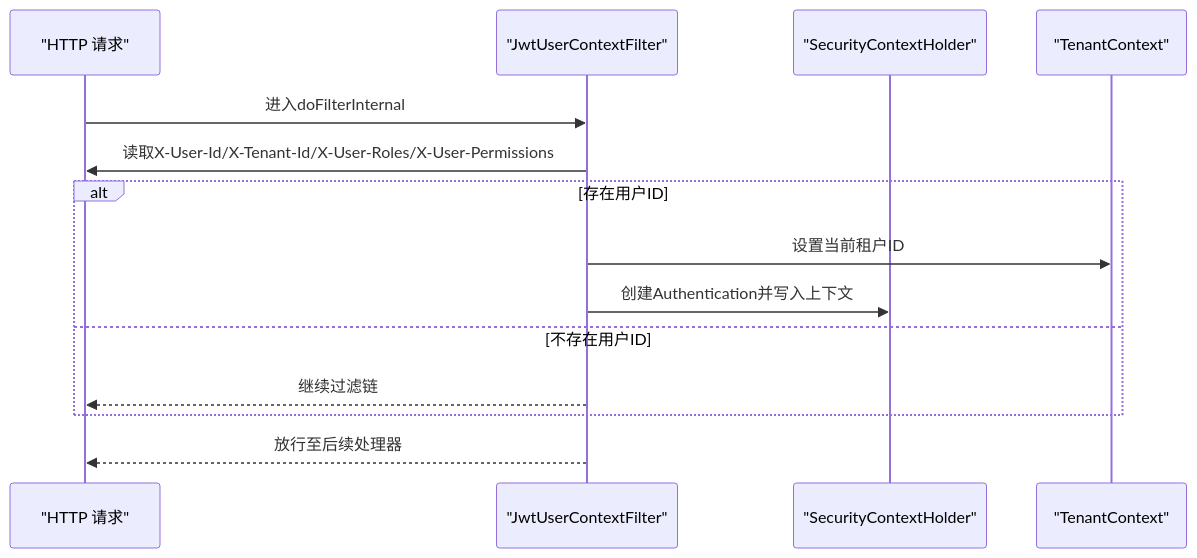
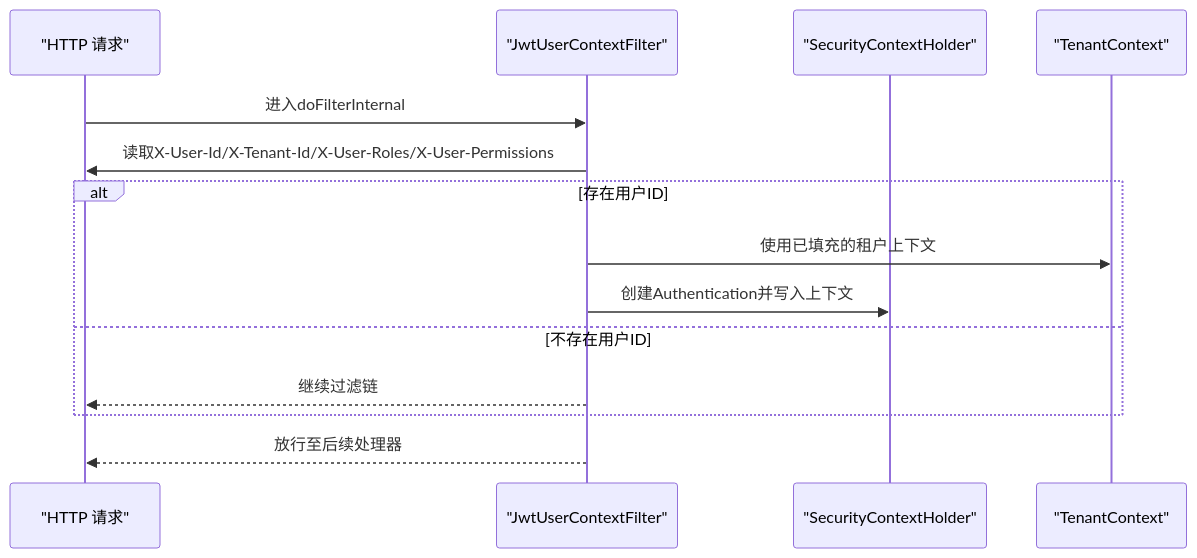
The sixth of 10 diagrams in .qoder/repowiki/zh/content/项目概述/项目结构/管理服务器 (iam-admin-server)/管理服务器架构.md (fq0121104930716/iam-platform), drawn with Mermaid before and after one commit. The commit also changed other lines of this file and 13 other files, not shown here.

````diff
--- a/.qoder/repowiki/zh/content/项目概述/项目结构/管理服务器 (iam-admin-server)/管理服务器架构.md
+++ b/.qoder/repowiki/zh/content/项目概述/项目结构/管理服务器 (iam-admin-server)/管理服务器架构.md
@@ -208,16 +271,16 @@
 ```mermaid
 sequenceDiagram
 participant Req as "HTTP 请求"
 participant F as "JwtUserContextFilter"
 participant Sec as "SecurityContextHolder"
 participant TC as "TenantContext"
 Req->>F : 进入doFilterInternal
 F->>Req : 读取X-User-Id/X-Tenant-Id/X-User-Roles/X-User-Permissions
 alt 存在用户ID
-F->>TC : 设置当前租户ID
+F->>TC : 使用已填充的租户上下文
 F->>Sec : 创建Authentication并写入上下文
 else 不存在用户ID
 F-->>Req : 继续过滤链
 end
 F-->>Req : 放行至后续处理器
 ```
````
